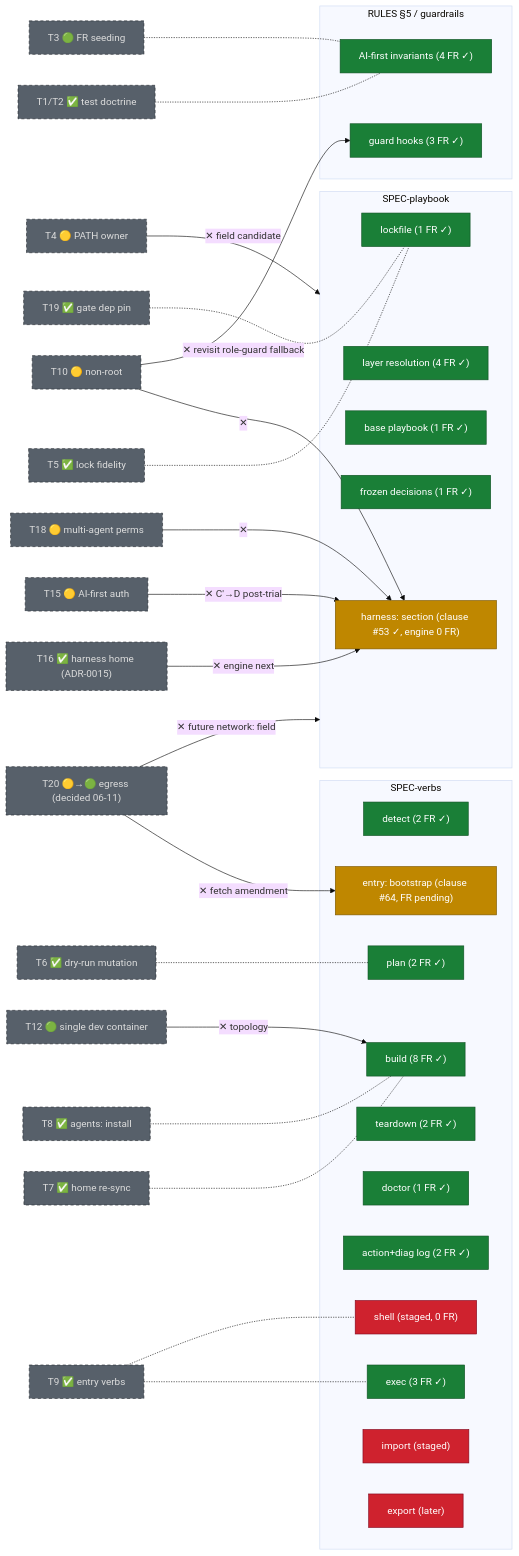
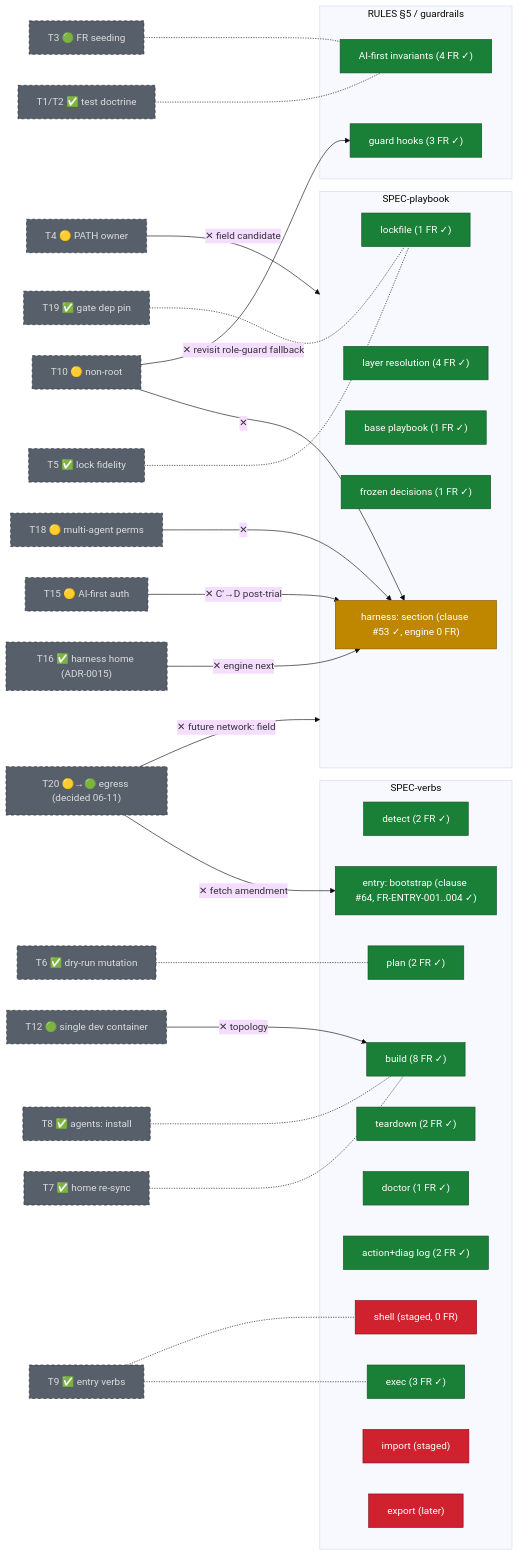
One commit to iVersatile/loom changed the diagram in docs/spec-map.md. Above: the diagram before and after it, drawn with Mermaid (base theme). The commit also changed 3 other files, not shown here.

First line of the commit message:
feat: FR-ENTRY-001..004 — entry:bootstrap conformance tests (inbox item 010)

````diff
--- a/docs/spec-map.md
+++ b/docs/spec-map.md
@@ -15,54 +15,54 @@
 ```mermaid
 flowchart LR
   classDef done fill:#1a7f37,color:#fff,stroke:#0f5223
   classDef inprog fill:#bf8700,color:#fff,stroke:#7a5600
   classDef untouched fill:#cf222e,color:#fff,stroke:#82071e
   classDef shadow fill:#57606a,color:#ddd,stroke:#24292f,stroke-dasharray: 5 4
 
   subgraph SV["SPEC-verbs"]
     detect["detect (2 FR ✓)"]:::done
     plan["plan (2 FR ✓)"]:::done
     build["build (8 FR ✓)"]:::done
     exec["exec (3 FR ✓)"]:::done
     teardown["teardown (2 FR ✓)"]:::done
     doctor["doctor (1 FR ✓)"]:::done
     logs["action+diag log (2 FR ✓)"]:::done
     shell["shell (staged, 0 FR)"]:::untouched
-    bootstrap["entry: bootstrap (clause #64, FR pending)"]:::inprog
+    bootstrap["entry: bootstrap (clause #64, FR-ENTRY-001..004 ✓)"]:::done
     import["import (staged)"]:::untouched
     export["export (later)"]:::untouched
   end
 
   subgraph SP["SPEC-playbook"]
     layers["layer resolution (4 FR ✓)"]:::done
     lock["lockfile (1 FR ✓)"]:::done
     basepb["base playbook (1 FR ✓)"]:::done
     frozen["frozen decisions (1 FR ✓)"]:::done
     harness["harness: section (clause #53 ✓, engine 0 FR)"]:::inprog
   end
 
   subgraph RG["RULES §5 / guardrails"]
     inv["AI-first invariants (4 FR ✓)"]:::done
     guards["guard hooks (3 FR ✓)"]:::done
   end
 
   T5["T5 ✅ lock fidelity"]:::shadow -.- lock
   T6["T6 ✅ dry-run mutation"]:::shadow -.- plan
   T7["T7 ✅ home re-sync"]:::shadow -.- build
   T8["T8 ✅ agents: install"]:::shadow -.- build
   T9["T9 ✅ entry verbs"]:::shadow -.- exec
   T9 -.- shell
   T19["T19 ✅ gate dep pin"]:::shadow -.- lock
   T1T2["T1/T2 ✅ test doctrine"]:::shadow -.- inv
   T3["T3 🟢 FR seeding"]:::shadow -.- inv
 
   T16["T16 ✅ harness home (ADR-0015)"]:::shadow -->|✕ engine next| harness
   T10["T10 🟡 non-root"]:::shadow -->|✕| harness
   T10 -->|✕ revisit role-guard fallback| guards
   T20["T20 🟡→🟢 egress (decided 06-11)"]:::shadow -->|✕ fetch amendment| bootstrap
   T20 -->|✕ future network: field| SP
   T15["T15 🟡 AI-first auth"]:::shadow -->|✕ C′→D post-trial| harness
   T18["T18 🟡 multi-agent perms"]:::shadow -->|✕| harness
   T4["T4 🟡 PATH owner"]:::shadow -->|✕ field candidate| SP
   T12["T12 🟢 single dev container"]:::shadow -->|✕ topology| build
 ```
````
